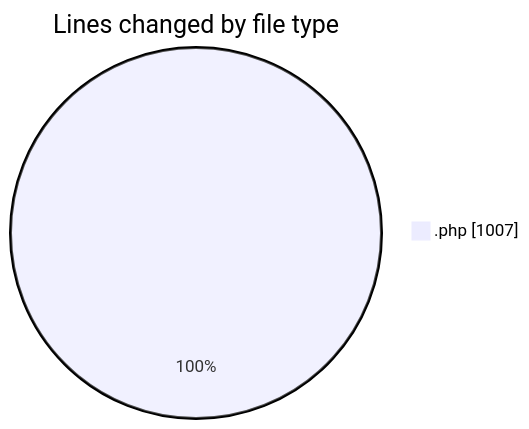
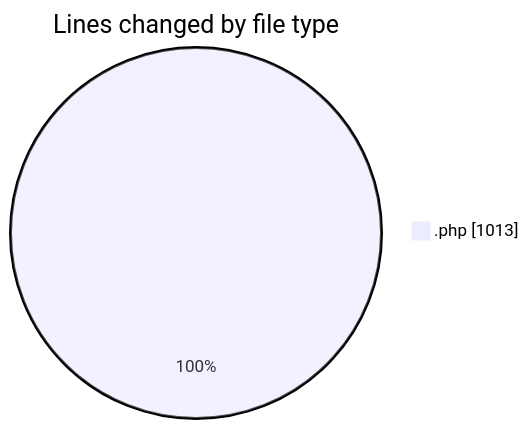
One commit to LanceThiago/code-tracking changed the first of 2 diagrams in 2025-01-14/oficina/README.md. Above: the diagram before and after it, drawn with Mermaid. The commit also changed other lines of this file and 1 other file, not shown here.

````diff
--- a/2025-01-14/oficina/README.md
+++ b/2025-01-14/oficina/README.md
@@ -23,5 +23,5 @@
 ```mermaid
 pie showData
 title Lines changed by file type
-".php" : 1007
+".php" : 1013
 ```
````
